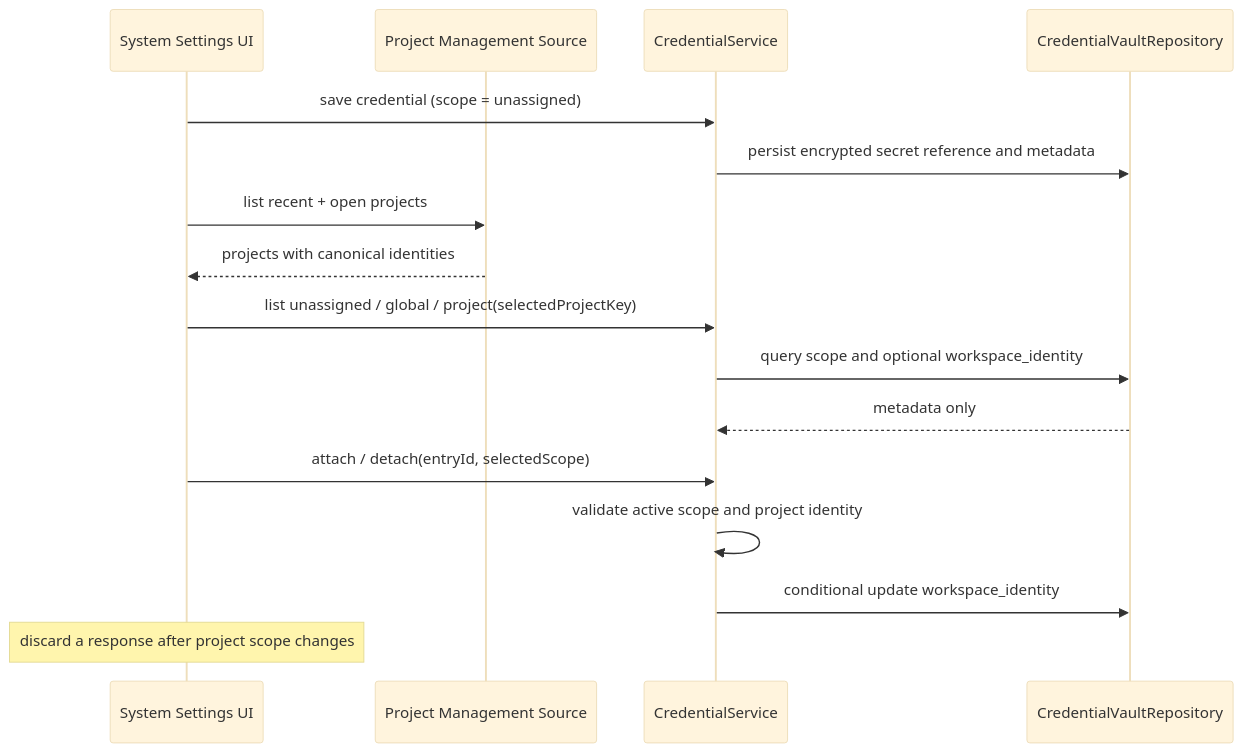
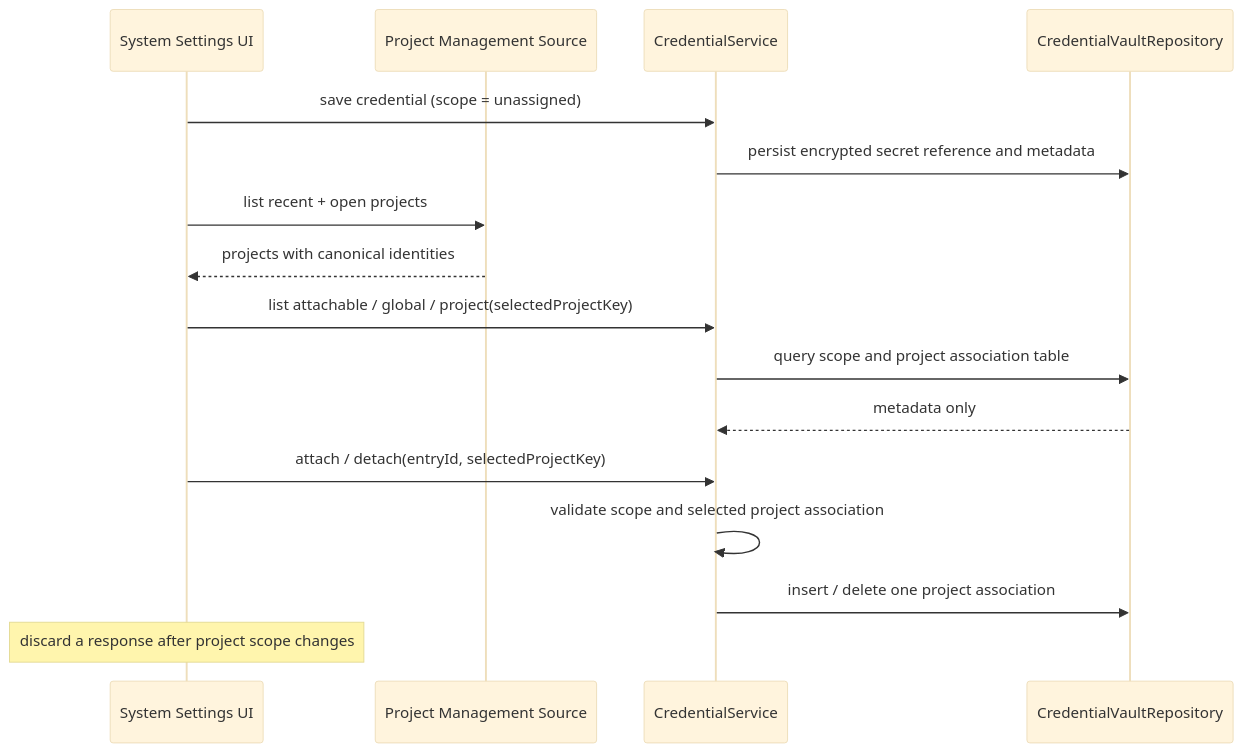
One commit to caiqiqqq/CodeVori changed the diagram in packages/ui/specs/project-credential-scope.md. Above: the diagram before and after it, drawn with Mermaid (base theme). The commit also changed other lines of this file and 16 other files, not shown here.

````diff
--- a/packages/ui/specs/project-credential-scope.md
+++ b/packages/ui/specs/project-credential-scope.md
@@ -33,18 +33,18 @@
 ```mermaid
 sequenceDiagram
     participant UI as System Settings UI
     participant Projects as Project Management Source
     participant Host as CredentialService
     participant Repo as CredentialVaultRepository
     UI->>Host: save credential (scope = unassigned)
     Host->>Repo: persist encrypted secret reference and metadata
     UI->>Projects: list recent + open projects
     Projects-->>UI: projects with canonical identities
-    UI->>Host: list unassigned / global / project(selectedProjectKey)
-    Host->>Repo: query scope and optional workspace_identity
+    UI->>Host: list attachable / global / project(selectedProjectKey)
+    Host->>Repo: query scope and project association table
     Repo-->>Host: metadata only
-    UI->>Host: attach / detach(entryId, selectedScope)
-    Host->>Host: validate active scope and project identity
-    Host->>Repo: conditional update workspace_identity
+    UI->>Host: attach / detach(entryId, selectedProjectKey)
+    Host->>Host: validate scope and selected project association
+    Host->>Repo: insert / delete one project association
     Note over UI: discard a response after project scope changes
 ```
````
